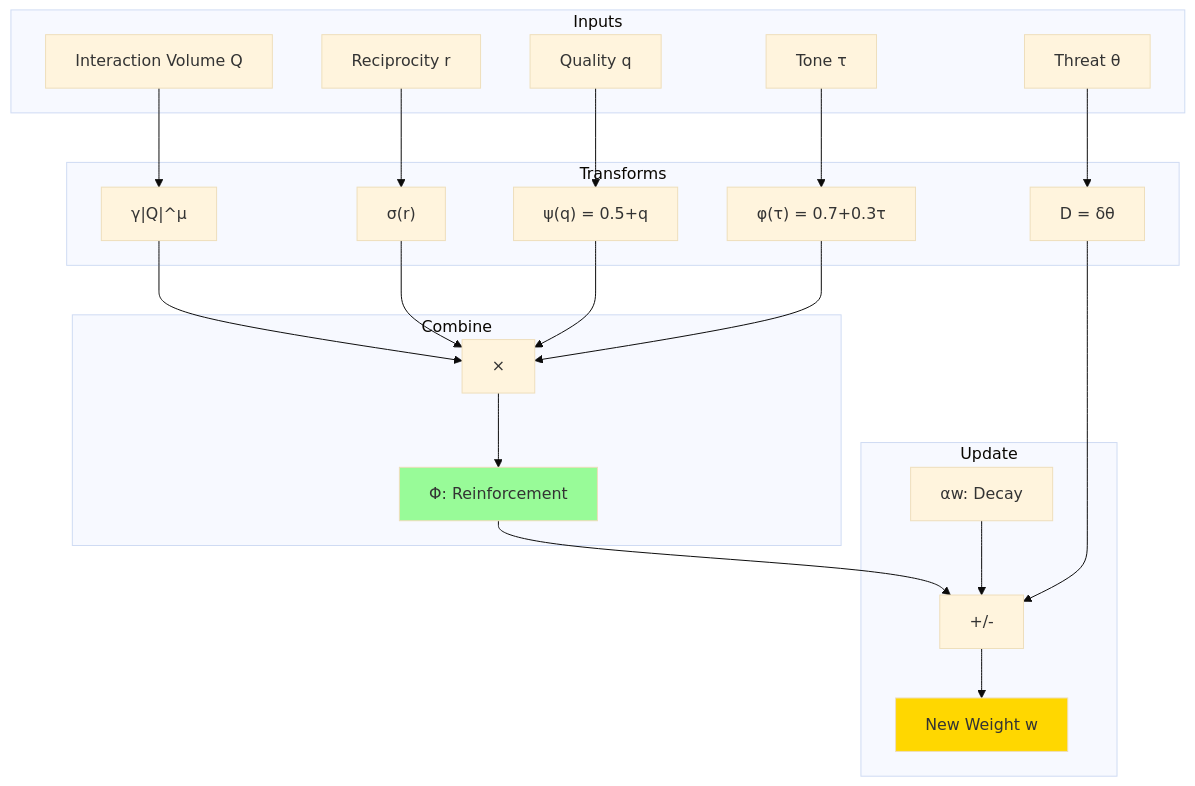
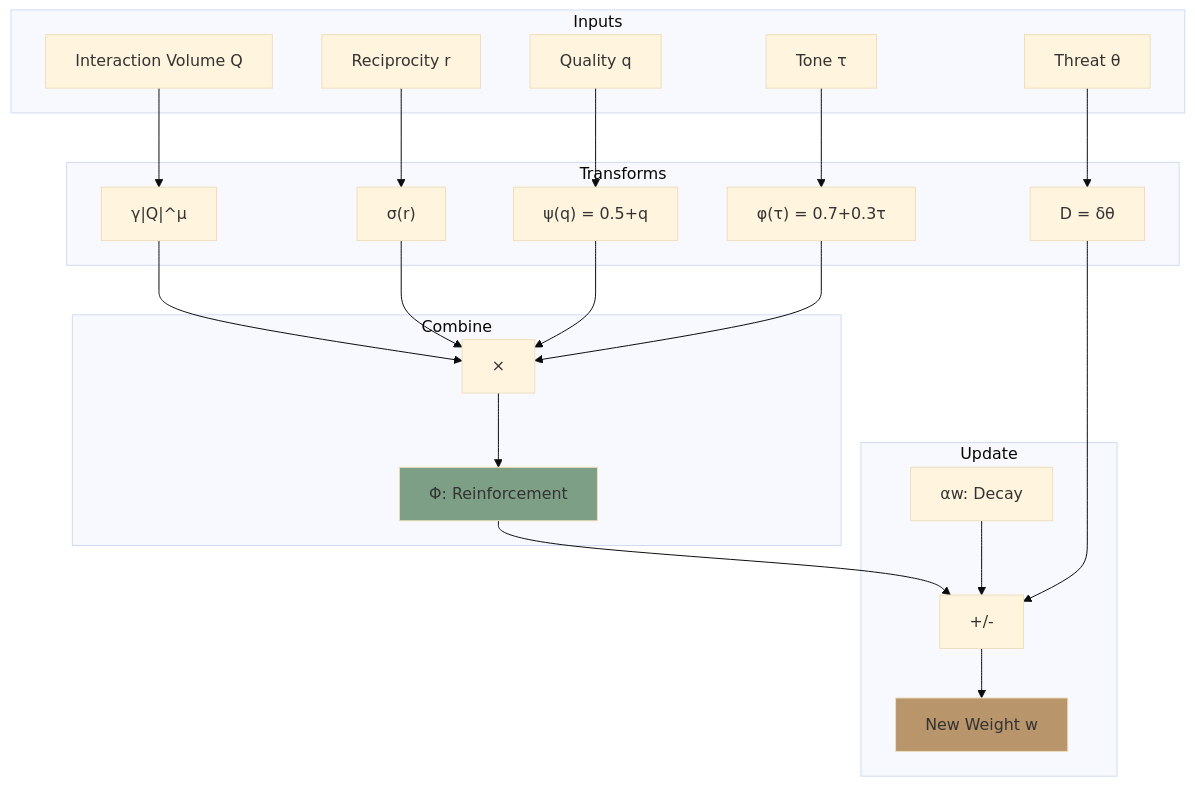
The sixth of 6 diagrams in docs/protocol/physarum-equation.md (ScopeCreep-zip/Symbiont), drawn with Mermaid (base theme) before and after one commit. The commit also changed 17 other files, not shown here.

Commit message:
update to diagram colors

````diff
--- a/docs/protocol/physarum-equation.md
+++ b/docs/protocol/physarum-equation.md
@@ -417,49 +417,49 @@
 ```mermaid
 graph TB
     subgraph "Inputs"
         Q[Interaction Volume Q]
         R[Reciprocity r]
         QS[Quality q]
         T[Tone τ]
         TH[Threat θ]
     end
 
     subgraph "Transforms"
         FLOW["γ|Q|^μ"]
         SIG["σ(r)"]
         PSI["ψ(q) = 0.5+q"]
         PHI_T["φ(τ) = 0.7+0.3τ"]
         DEF["D = δθ"]
     end
 
     subgraph "Combine"
         MULT[×]
         PHI[Φ: Reinforcement]
     end
 
     subgraph "Update"
         DECAY["αw: Decay"]
         SUM[+/-]
         NEW_W[New Weight w]
     end
 
     Q --> FLOW
     R --> SIG
     QS --> PSI
     T --> PHI_T
     TH --> DEF
 
     FLOW --> MULT
     SIG --> MULT
     PSI --> MULT
     PHI_T --> MULT
     MULT --> PHI
 
     PHI --> SUM
     DECAY --> SUM
     DEF --> SUM
     SUM --> NEW_W
 
-    style PHI fill:#98FB98
-    style NEW_W fill:#FFD700
+    style PHI fill:#7d9f85
+    style NEW_W fill:#b8956b
 ```
````
